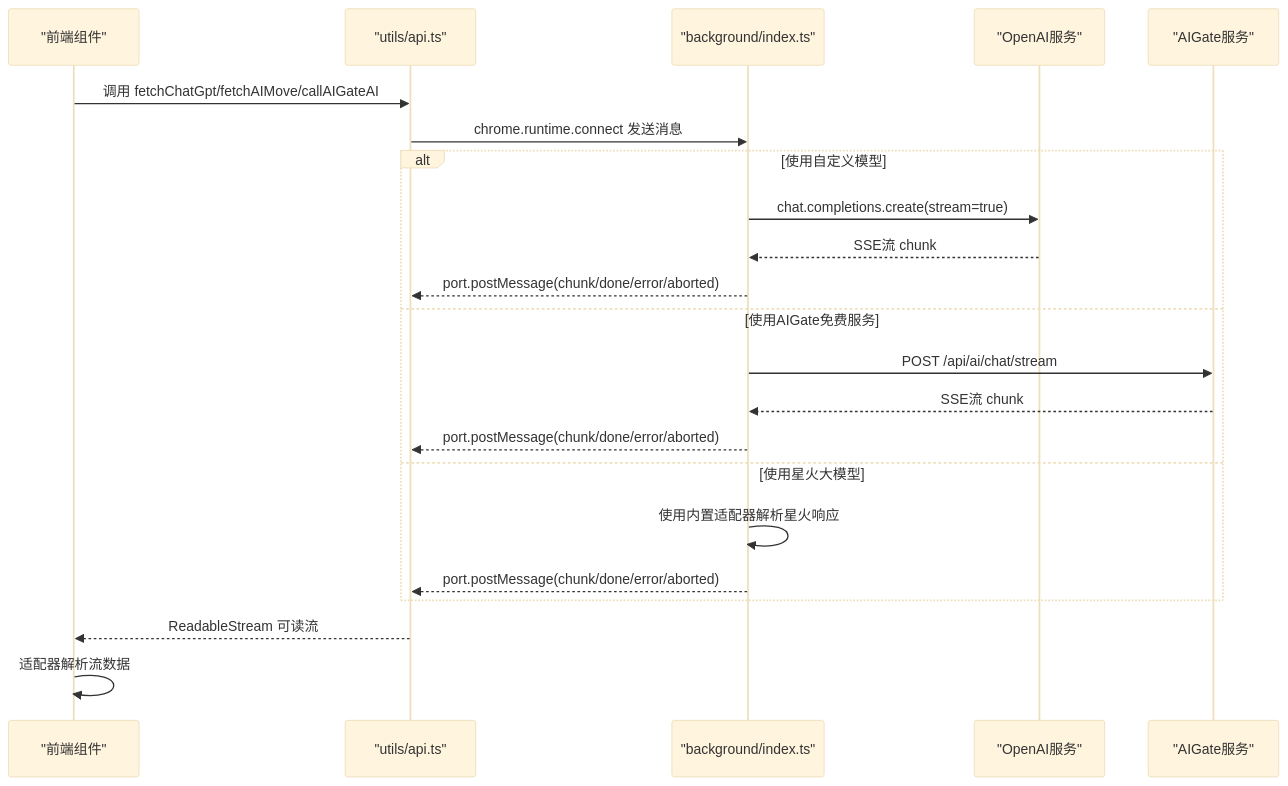
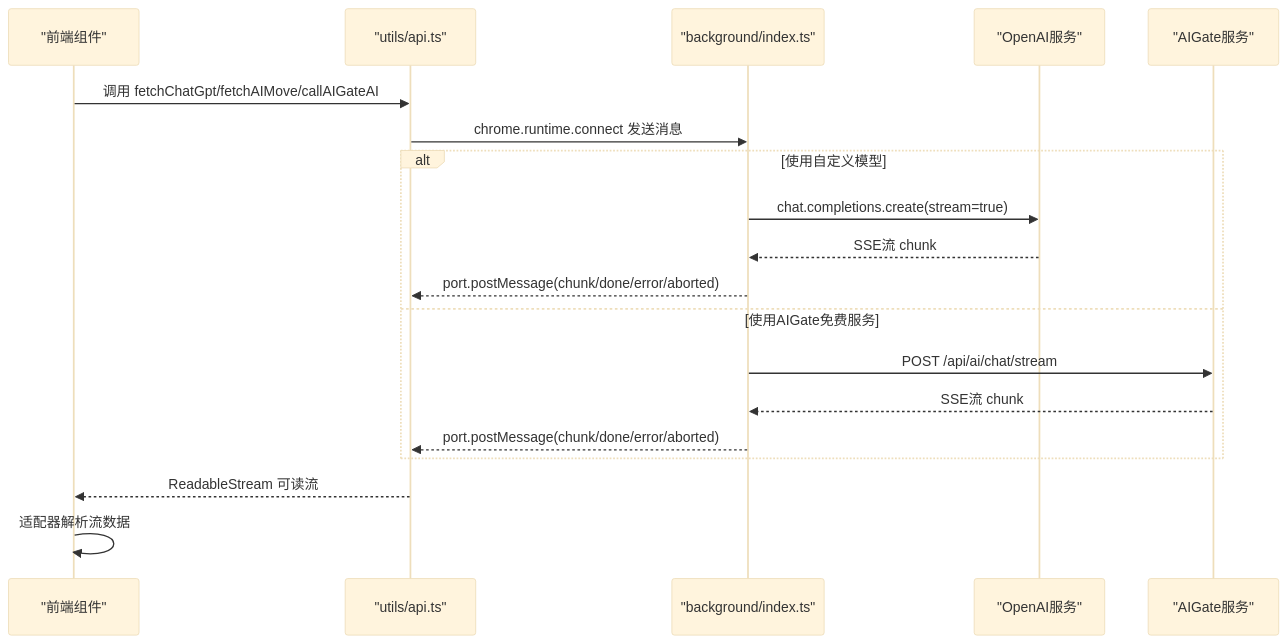
The second of 6 diagrams in .qoder/repowiki/zh/content/API参考文档/AI服务API.md (RadiumAg/bilibili-favorites), drawn with Mermaid (base theme) before and after one commit. The commit also changed other lines of this file and 17 other files, not shown here.

````diff
--- a/.qoder/repowiki/zh/content/API参考文档/AI服务API.md
+++ b/.qoder/repowiki/zh/content/API参考文档/AI服务API.md
@@ -151,24 +136,21 @@
 ```mermaid
 sequenceDiagram
 participant UI as "前端组件"
 participant API as "utils/api.ts"
 participant BG as "background/index.ts"
 participant OA as "OpenAI服务"
 participant AG as "AIGate服务"
 UI->>API : 调用 fetchChatGpt/fetchAIMove/callAIGateAI
 API->>BG : chrome.runtime.connect 发送消息
 alt 使用自定义模型
 BG->>OA : chat.completions.create(stream=true)
 OA-->>BG : SSE流 chunk
 BG-->>API : port.postMessage(chunk/done/error/aborted)
 else 使用AIGate免费服务
 BG->>AG : POST /api/ai/chat/stream
 AG-->>BG : SSE流 chunk
 BG-->>API : port.postMessage(chunk/done/error/aborted)
-else 使用星火大模型
-BG->>BG : 使用内置适配器解析星火响应
-BG-->>API : port.postMessage(chunk/done/error/aborted)
 end
 API-->>UI : ReadableStream 可读流
 UI->>UI : 适配器解析流数据
 ```
````
